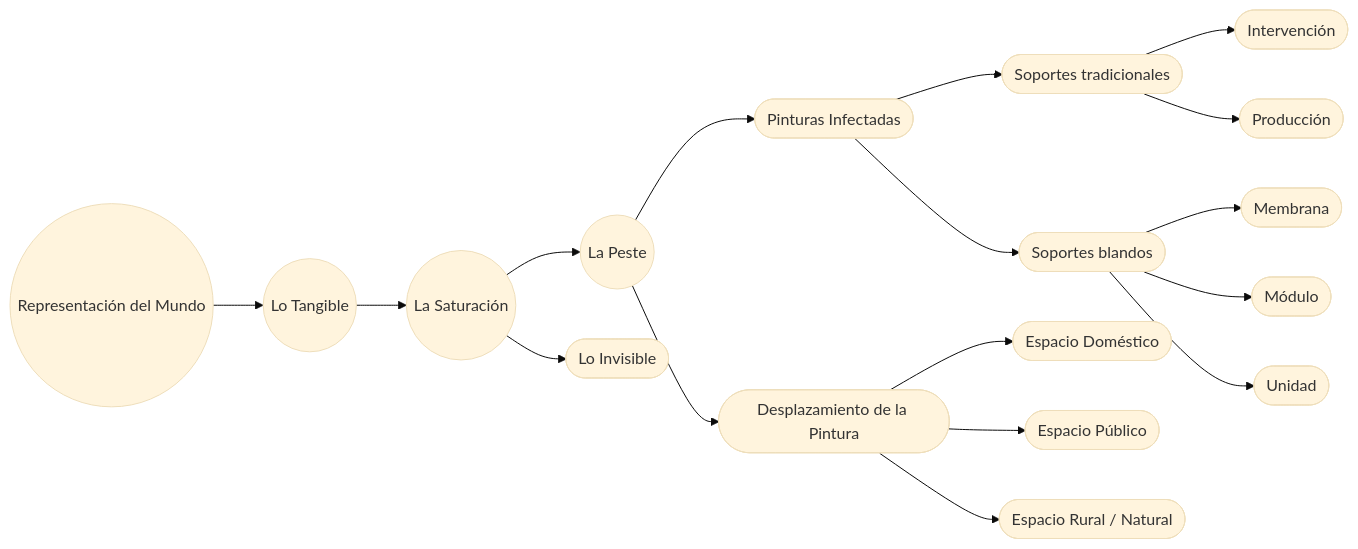
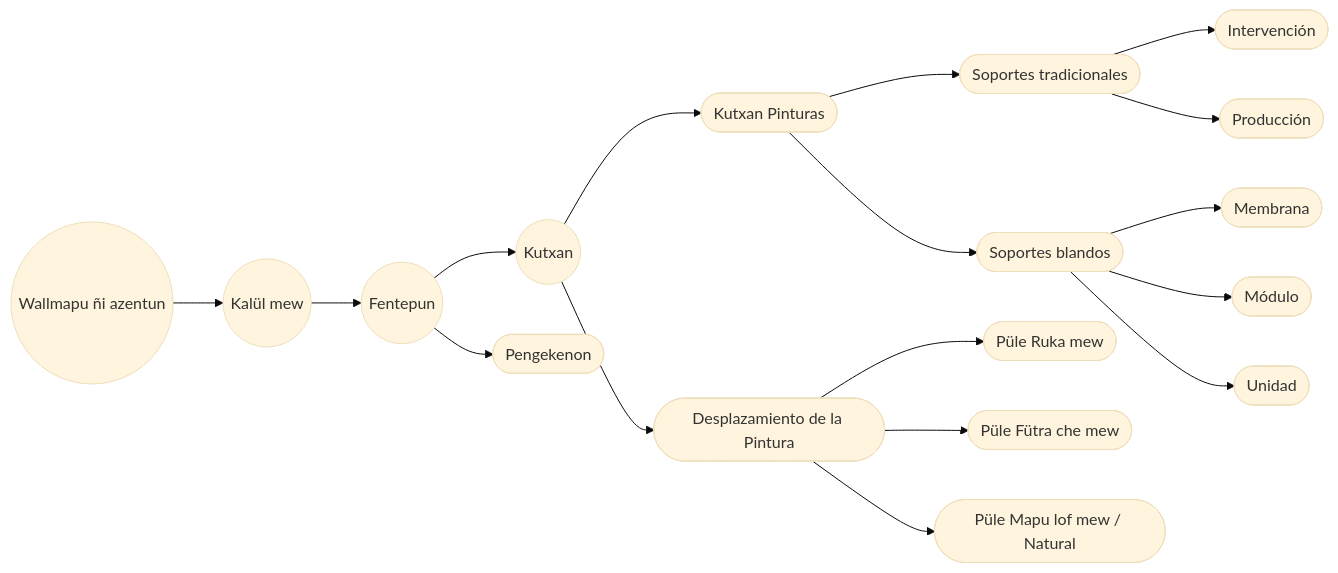
One commit to EGGS-Artesvisuales/EGGS-Artesvisuales.github.io changed the diagram in MPD/la-peste.md. Above: the diagram before and after it, drawn with Mermaid (base theme). The commit also changed other lines of this file and 43 other files, not shown here.

```diff
--- a/MPD/la-peste.md
+++ b/MPD/la-peste.md
@@ -49,51 +49,51 @@
 <div class="mermaid">
 flowchart LR
   %% --- Macroestructura ---
-  Z(("Representación del Mundo")) --> Y(("Lo Tangible"))
-  Y --> A(("La Saturación"))
-  A --> B(("La Peste"))
-  A --> X(["Lo Invisible"])
+  Z(("Wallmapu ñi azentun")) --> Y(("Kalül mew"))
+  Y --> A(("Fentepun"))
+  A --> B(("Kutxan"))
+  A --> X(["Pengekenon"])
 
-  %% --- Rama: La Peste / Pinturas Infectadas ---
-  B --> C(["Pinturas Infectadas"])
+  %% --- Rama: Kutxan / Kutxan Pinturas ---
+  B --> C(["Kutxan Pinturas"])
 
   %% Soportes tradicionales
   C --> D(["Soportes tradicionales"])
   D --> D1(["Intervención"])
   D --> D2(["Producción"])
 
   %% Soportes blandos
   C --> E(["Soportes blandos"])
   E --> E1(["Membrana"])
   E --> E2(["Módulo"])
   E --> E3(["Unidad"])
 
   %% --- Rama: Desplazamiento de la Pintura ---
   B --> F(["Desplazamiento de la Pintura"])
-  F --> F1(["Espacio Doméstico"])
-  F --> F2(["Espacio Público"])
-  F --> F3(["Espacio Rural / Natural"])
+  F --> F1(["Püle Ruka mew"])
+  F --> F2(["Püle Fütra che mew"])
+  F --> F3(["Püle Mapu lof mew / Natural"])
 
   %% --- Links ---
-  click Z "/MPD/mundo-exterior.html" "Ver Representación del Mundo"
-  click Y "/MPD/tangible.html" "Ver Lo Tangible"
-  click A "/MPD/saturacion.html" "Ver La Saturación"
-  click B "/MPD/la-peste.html" "Ver La Peste"
-  click X "/MPD/lo-invisible.html" "Ver Lo Invisible"
+  click Z "/MPD/mundo-exterior.html" "Ver Wallmapu ñi azentun"
+  click Y "/MPD/tangible.html" "Ver Kalül mew"
+  click A "/MPD/saturacion.html" "Ver Fentepun"
+  click B "/MPD/la-peste.html" "Ver Kutxan"
+  click X "/MPD/lo-invisible.html" "Ver Pengekenon"
 
-  click C "/MPD/peste-pinturas-infectadas.html" "Ver Pinturas Infectadas"
+  click C "/MPD/peste-pinturas-infectadas.html" "Ver Kutxan Pinturas"
 
   click D "/MPD/peste-pinturas-infectadas.html#soportes-tradicionales" "Ir a Soportes Tradicionales"
   click D1 "/MPD/peste-pinturas-infectadas.html#intervenciones" "Ir a Intervenciones"
   click D2 "/MPD/peste-pinturas-infectadas.html#producciones" "Ir a Producciones"
 
   click E "/MPD/peste-pinturas-infectadas.html#soportes-blandos" "Ir a Soportes Blandos"
   click E1 "/MPD/peste-pinturas-infectadas.html#membranas" "Ir a Membranas"
   click E2 "/MPD/peste-pinturas-infectadas.html#modulos" "Ir a Módulos"
   click E3 "/MPD/peste-pinturas-infectadas.html#unidades" "Ir a Unidades"
 
   click F "/MPD/desplazamiento-pintura.html" "Ir a Desplazamiento de la Pintura"
-  click F1 "/MPD/espacio-domestico.html" "Ir a Espacio Doméstico"
-  click F2 "/MPD/espacio-publico.html" "Ir a Espacio Público"
-  click F3 "/MPD/espacio-rural.html" "Ir a Espacio Rural / Natural"
+  click F1 "/MPD/espacio-domestico.html" "Ir a Püle Ruka mew"
+  click F2 "/MPD/espacio-publico.html" "Ir a Püle Fütra che mew"
+  click F3 "/MPD/espacio-rural.html" "Ir a Püle Mapu lof mew / Natural"
 </div>
```
